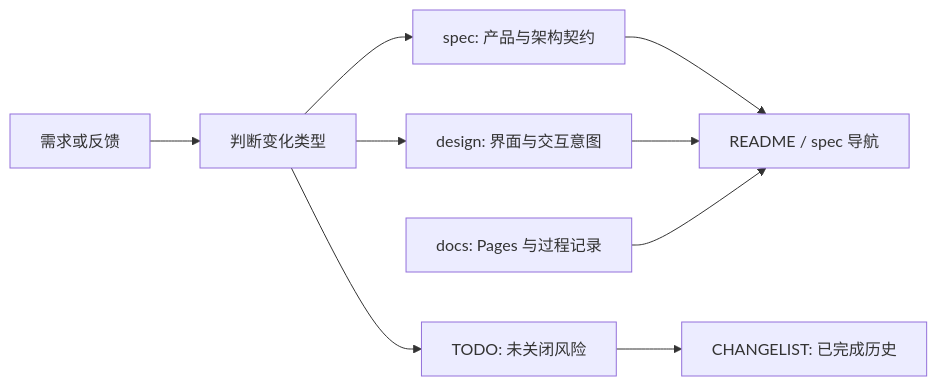
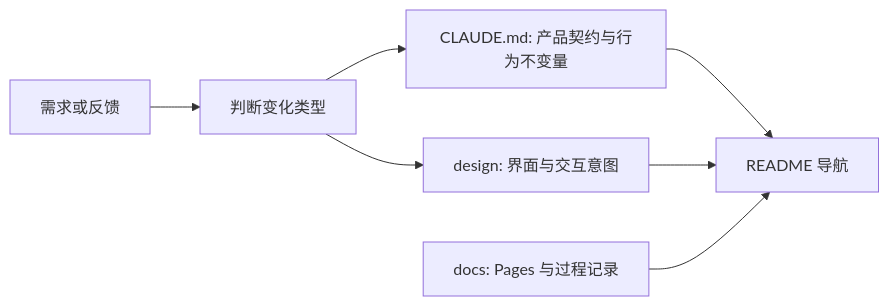
Before and after one commit to jinhuang712/jsonita: the diagram in WORKFLOW.md, drawn with Mermaid. The commit also changed other lines of this file and 50 other files, not shown here.

First line of the commit message:
docs: drop TODO/CHANGELIST/spec, fold contracts into CLAUDE

````diff
--- a/WORKFLOW.md
+++ b/WORKFLOW.md
@@ -9,11 +10,9 @@
 ```mermaid
 flowchart LR
   Idea[需求或反馈] --> Classify[判断变化类型]
-  Classify --> Spec[spec: 产品与架构契约]
+  Classify --> Contract[CLAUDE.md: 产品契约与行为不变量]
   Classify --> Design[design: 界面与交互意图]
-  Classify --> Todo[TODO: 未关闭风险]
-  Spec --> Readme[README / spec 导航]
+  Contract --> Readme[README 导航]
   Design --> Readme
-  Todo --> Change[CHANGELIST: 已完成历史]
   Docs[docs: Pages 与过程记录] --> Readme
 ```
````
